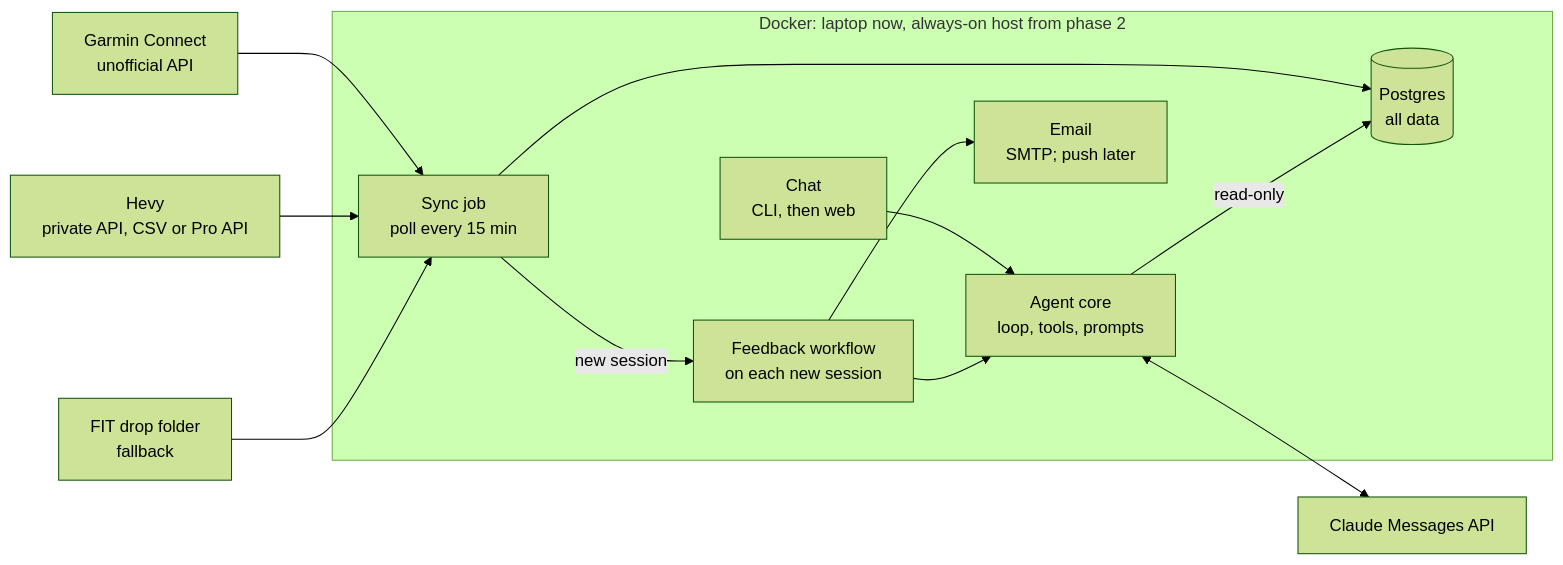
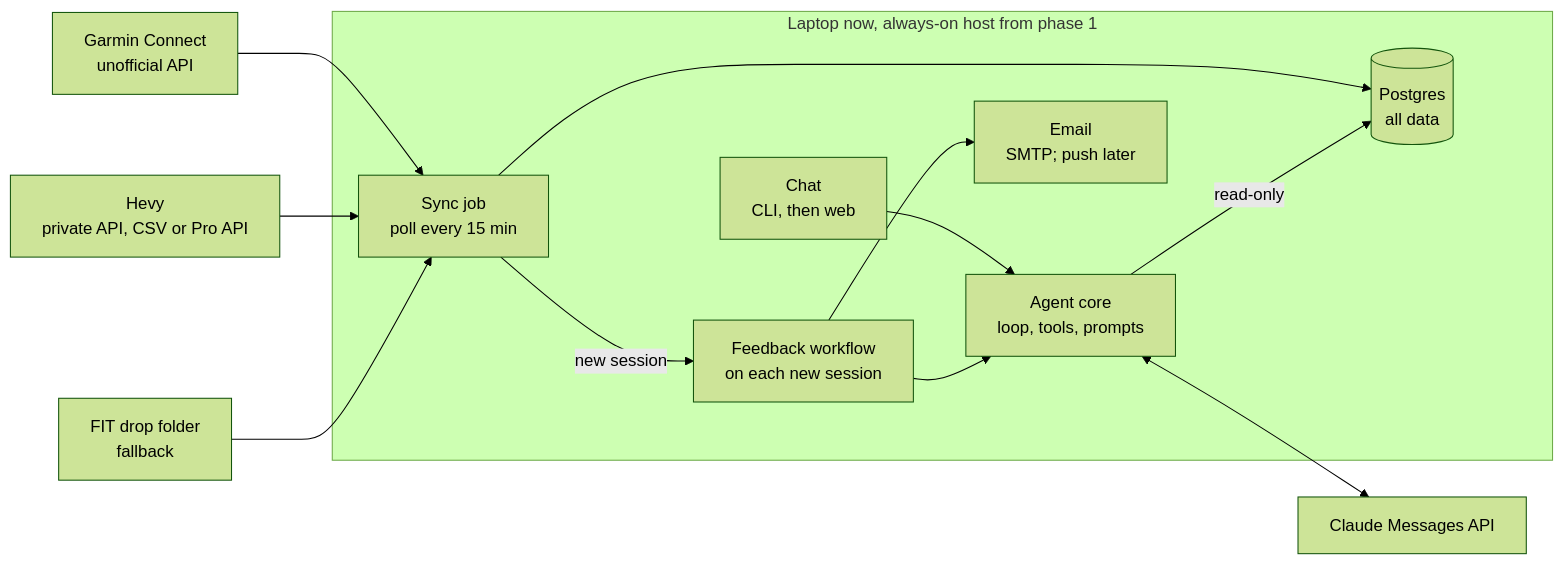
One commit to asierba/sasoi changed the diagram in Plan.md. Above: the diagram before and after it, drawn with Mermaid (forest theme). The commit also changed other lines of this file, not shown here.

````diff
--- a/Plan.md
+++ b/Plan.md
@@ -49,27 +49,27 @@
 ```mermaid
 flowchart LR
     garmin["Garmin Connect<br/>unofficial API"]
     hevy["Hevy<br/>private API, CSV or Pro API"]
     fit["FIT drop folder<br/>fallback"]
     claude["Claude Messages API"]
 
-    subgraph docker["Docker: laptop now, always-on host from phase 2"]
+    subgraph docker["Laptop now, always-on host from phase 1"]
         sync["Sync job<br/>poll every 15 min"]
         pg[("Postgres<br/>all data")]
         chat["Chat<br/>CLI, then web"]
         agent["Agent core<br/>loop, tools, prompts"]
         feedback["Feedback workflow<br/>on each new session"]
         email["Email<br/>SMTP; push later"]
     end
 
     garmin --> sync
     hevy --> sync
     fit --> sync
     sync --> pg
     sync -- new session --> feedback
     chat --> agent
     agent -- read-only --> pg
     feedback --> agent
     feedback --> email
     agent <--> claude
 ```
````
